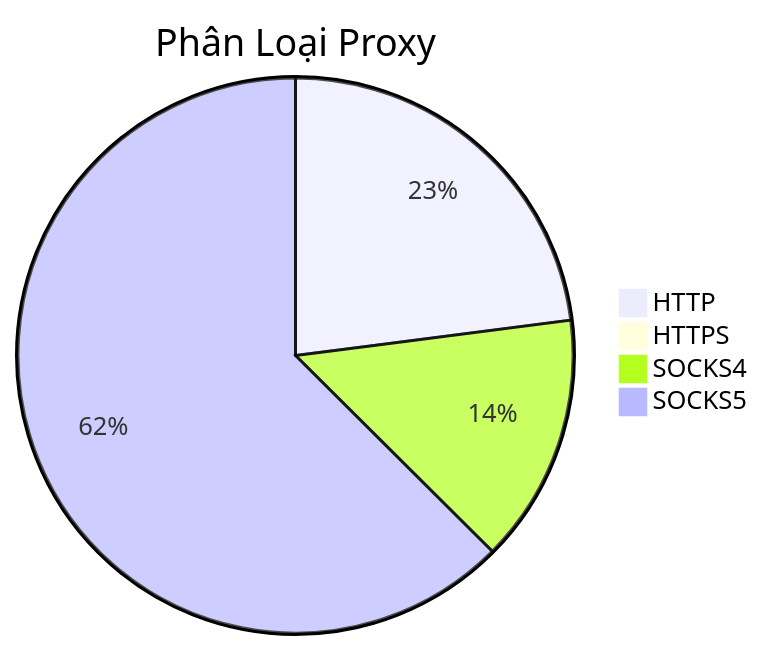
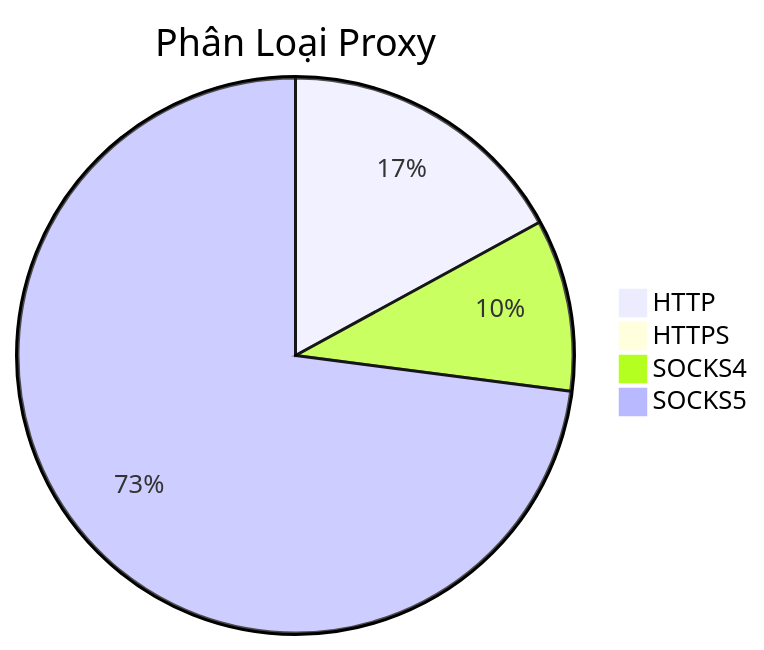
The diagram in README.md (Ciara-Aa/PROXY-free), drawn with Mermaid before and after one commit. The commit also changed other lines of this file and 4 other files, not shown here.

````diff
--- a/README.md
+++ b/README.md
@@ -26,7 +26,7 @@
 ```mermaid
 pie title Phân Loại Proxy
-    "HTTP" : 347
-    "HTTPS" : 4
-    "SOCKS4" : 219
-    "SOCKS5" : 945
+    "HTTP" : 504
+    "HTTPS" : 5
+    "SOCKS4" : 296
+    "SOCKS5" : 2157
 ```
````
